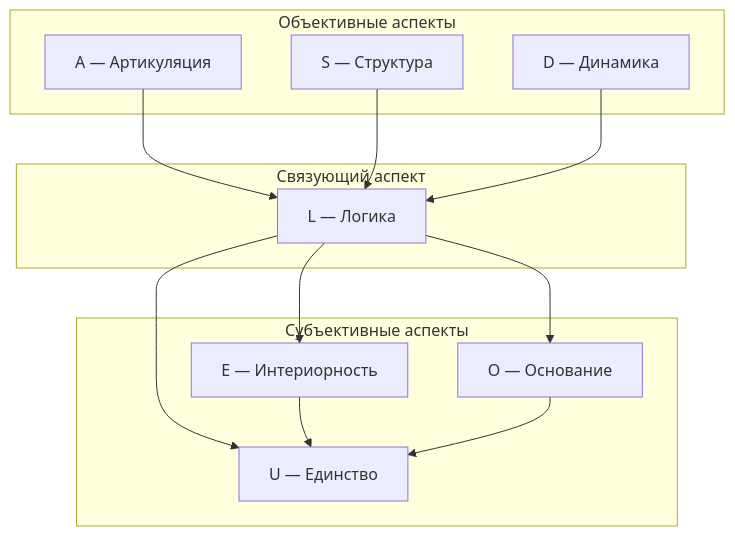
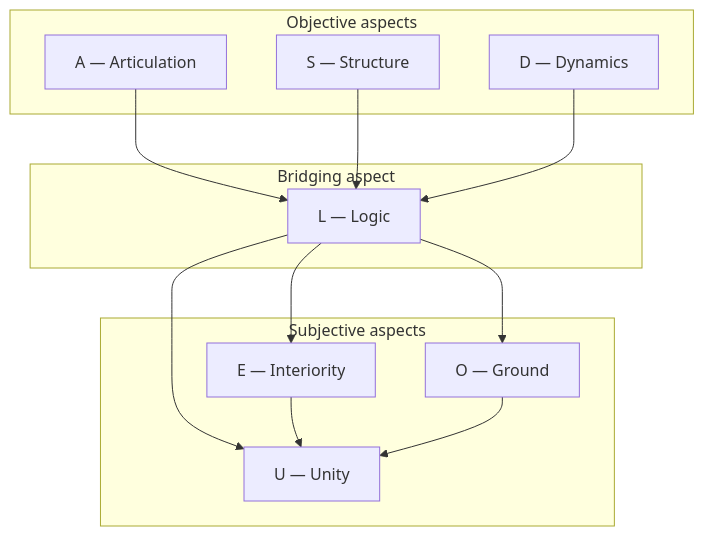
The second of 2 diagrams in website/docs/core/structure/dimensions.md (gst-st/uhm), drawn with Mermaid before and after one commit. The commit also changed other lines of this file and 25 other files, not shown here.

````diff
--- a/website/docs/core/structure/dimensions.md
+++ b/website/docs/core/structure/dimensions.md
@@ -357,25 +357,25 @@
 ```mermaid
 graph TD
-    subgraph "Объективные аспекты"
-        A["A — Артикуляция"]
-        S["S — Структура"]
-        D["D — Динамика"]
+    subgraph "Objective aspects"
+        A["A — Articulation"]
+        S["S — Structure"]
+        D["D — Dynamics"]
     end
-    subgraph "Субъективные аспекты"
-        E["E — Интериорность"]
-        O["O — Основание"]
-        U["U — Единство"]
+    subgraph "Subjective aspects"
+        E["E — Interiority"]
+        O["O — Ground"]
+        U["U — Unity"]
     end
-    subgraph "Связующий аспект"
-        L["L — Логика"]
+    subgraph "Bridging aspect"
+        L["L — Logic"]
     end
 
     A --> L
     S --> L
     D --> L
     L --> E
     L --> O
     L --> U
     E --> U
     O --> U
 ```
````
